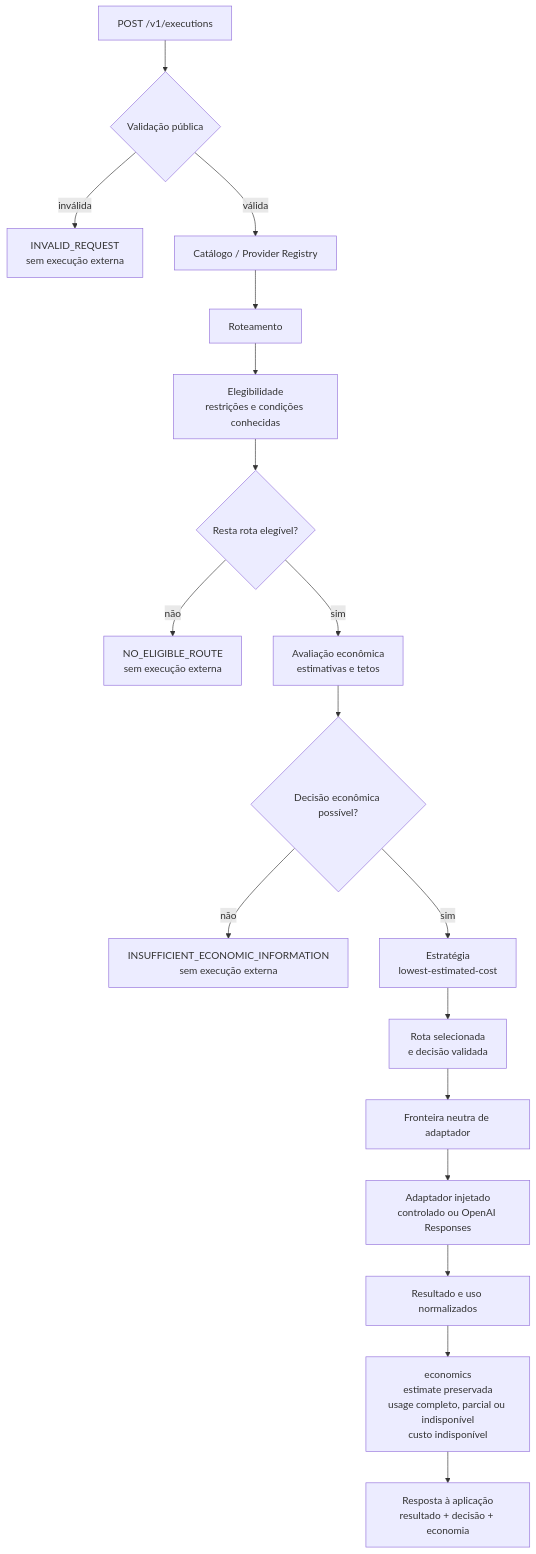
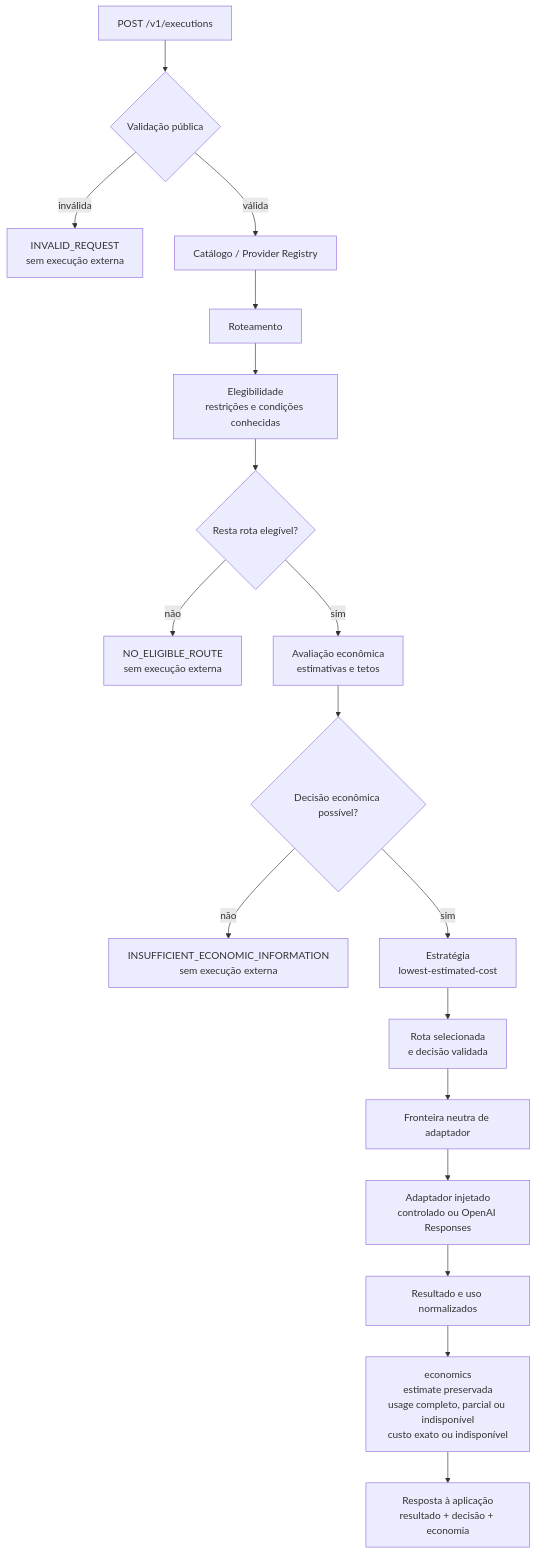
Before and after one commit to hallanbrito/maestro-router: the diagram in docs/maps/SYSTEM-MAP.md, drawn with Mermaid. The commit also changed other lines of this file and 8 other files, not shown here.

````diff
--- a/docs/maps/SYSTEM-MAP.md
+++ b/docs/maps/SYSTEM-MAP.md
@@ -5,20 +5,20 @@
 ```mermaid
 flowchart TD
     A["POST /v1/executions"] --> B{"Validação pública"}
     B -->|inválida| X["INVALID_REQUEST<br/>sem execução externa"]
     B -->|válida| C["Catálogo / Provider Registry"]
     C --> D["Roteamento"]
     D --> E["Elegibilidade<br/>restrições e condições conhecidas"]
     E --> F{"Resta rota elegível?"}
     F -->|não| R1["NO_ELIGIBLE_ROUTE<br/>sem execução externa"]
     F -->|sim| G["Avaliação econômica<br/>estimativas e tetos"]
     G --> H{"Decisão econômica possível?"}
     H -->|não| R2["INSUFFICIENT_ECONOMIC_INFORMATION<br/>sem execução externa"]
     H -->|sim| I["Estratégia<br/>lowest-estimated-cost"]
     I --> J["Rota selecionada<br/>e decisão validada"]
     J --> K["Fronteira neutra de adaptador"]
     K --> L["Adaptador injetado<br/>controlado ou OpenAI Responses"]
     L --> M["Resultado e uso normalizados"]
-    M --> N["economics<br/>estimate preservada<br/>usage completo, parcial ou indisponível<br/>custo indisponível"]
+    M --> N["economics<br/>estimate preservada<br/>usage completo, parcial ou indisponível<br/>custo exato ou indisponível"]
     N --> O["Resposta à aplicação<br/>resultado + decisão + economia"]
 ```
````
